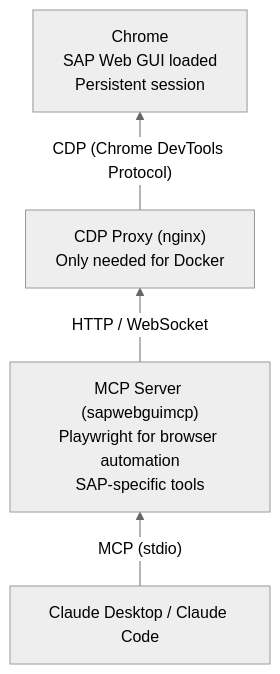
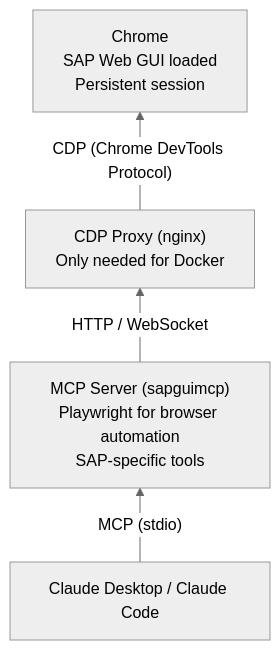
Before and after one commit to Hochfrequenz/sapgui.mcp: the first of 2 diagrams in README.md, drawn with Mermaid (neutral theme). The commit also changed other lines of this file and 508 other files, not shown here.

````diff
--- a/README.md
+++ b/README.md
@@ -850,11 +850,11 @@
 ```mermaid
 graph BT
     Claude["Claude Desktop / Claude Code"]
-    MCP["MCP Server (sapwebguimcp)\nPlaywright for browser automation\nSAP-specific tools"]
+    MCP["MCP Server (sapguimcp)\nPlaywright for browser automation\nSAP-specific tools"]
     CDP["CDP Proxy (nginx)\nOnly needed for Docker"]
     Chrome["Chrome\nSAP Web GUI loaded\nPersistent session"]
 
     Claude -- "MCP (stdio)" --> MCP
     MCP -- "HTTP / WebSocket" --> CDP
     CDP -- "CDP (Chrome DevTools Protocol)" --> Chrome
 ```
````
